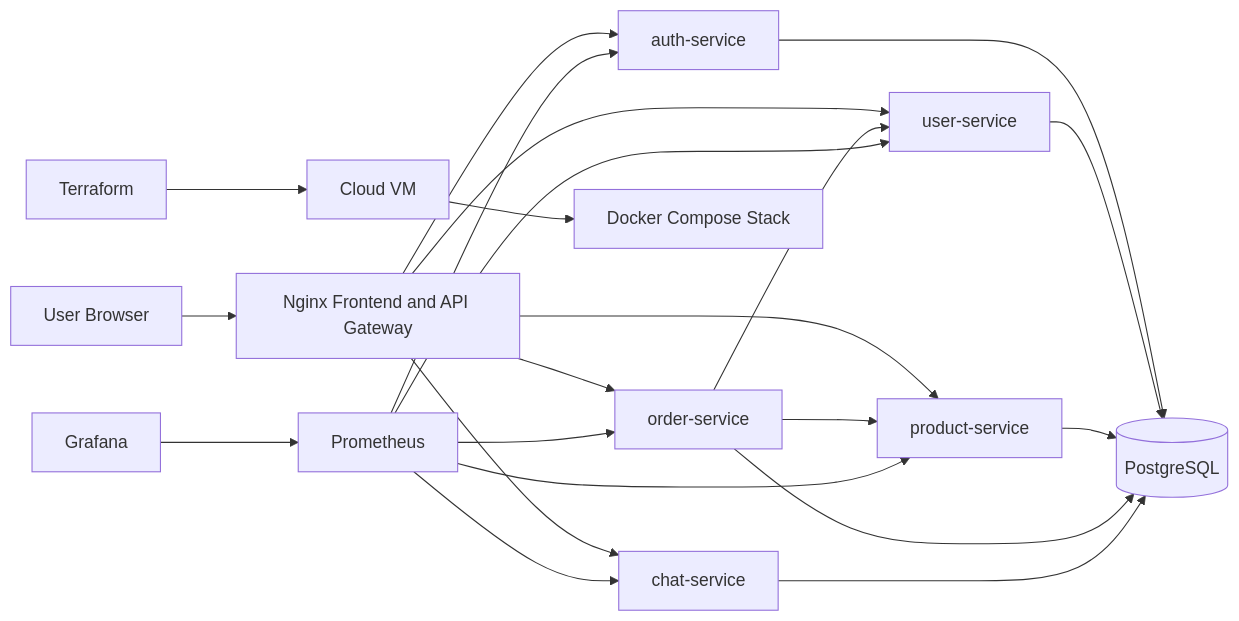
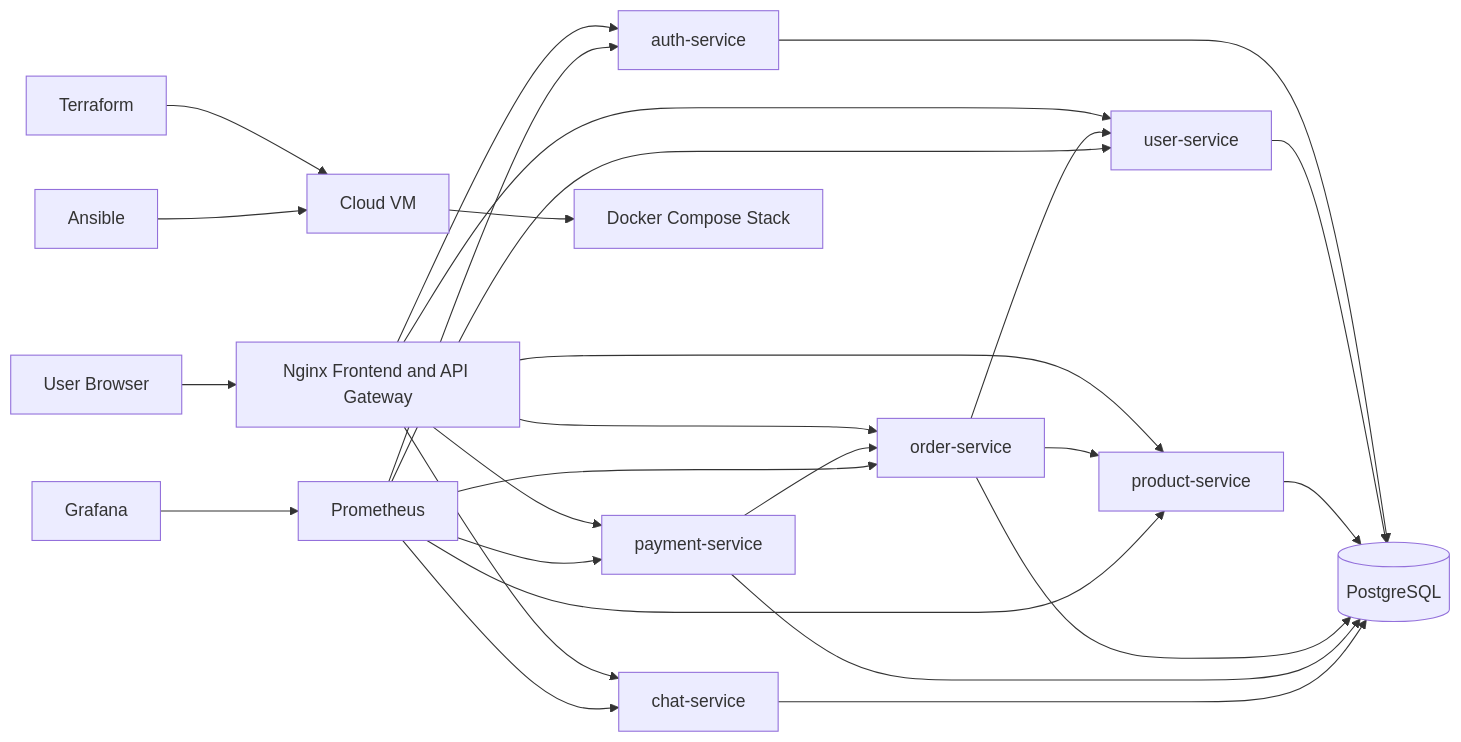
Before and after one commit to Nurkhoop/sre-project: the diagram in docs/architecture.md, drawn with Mermaid. The commit also changed other lines of this file and 60 other files, not shown here.

````diff
--- a/docs/architecture.md
+++ b/docs/architecture.md
@@ -3,29 +3,34 @@
 ```mermaid
 flowchart LR
     Browser[User Browser] --> Nginx[Nginx Frontend and API Gateway]
 
     Nginx --> Auth[auth-service]
     Nginx --> Users[user-service]
     Nginx --> Products[product-service]
     Nginx --> Orders[order-service]
+    Nginx --> Payments[payment-service]
     Nginx --> Chat[chat-service]
 
     Auth --> DB[(PostgreSQL)]
     Users --> DB
     Products --> DB
     Orders --> DB
+    Payments --> DB
     Chat --> DB
 
     Orders --> Users
     Orders --> Products
+    Payments --> Orders
 
     Prometheus[Prometheus] --> Auth
     Prometheus --> Users
     Prometheus --> Products
     Prometheus --> Orders
+    Prometheus --> Payments
     Prometheus --> Chat
     Grafana[Grafana] --> Prometheus
 
     Terraform[Terraform] --> VM[Cloud VM]
+    Ansible[Ansible] --> VM
     VM --> Docker[Docker Compose Stack]
 ```
````
